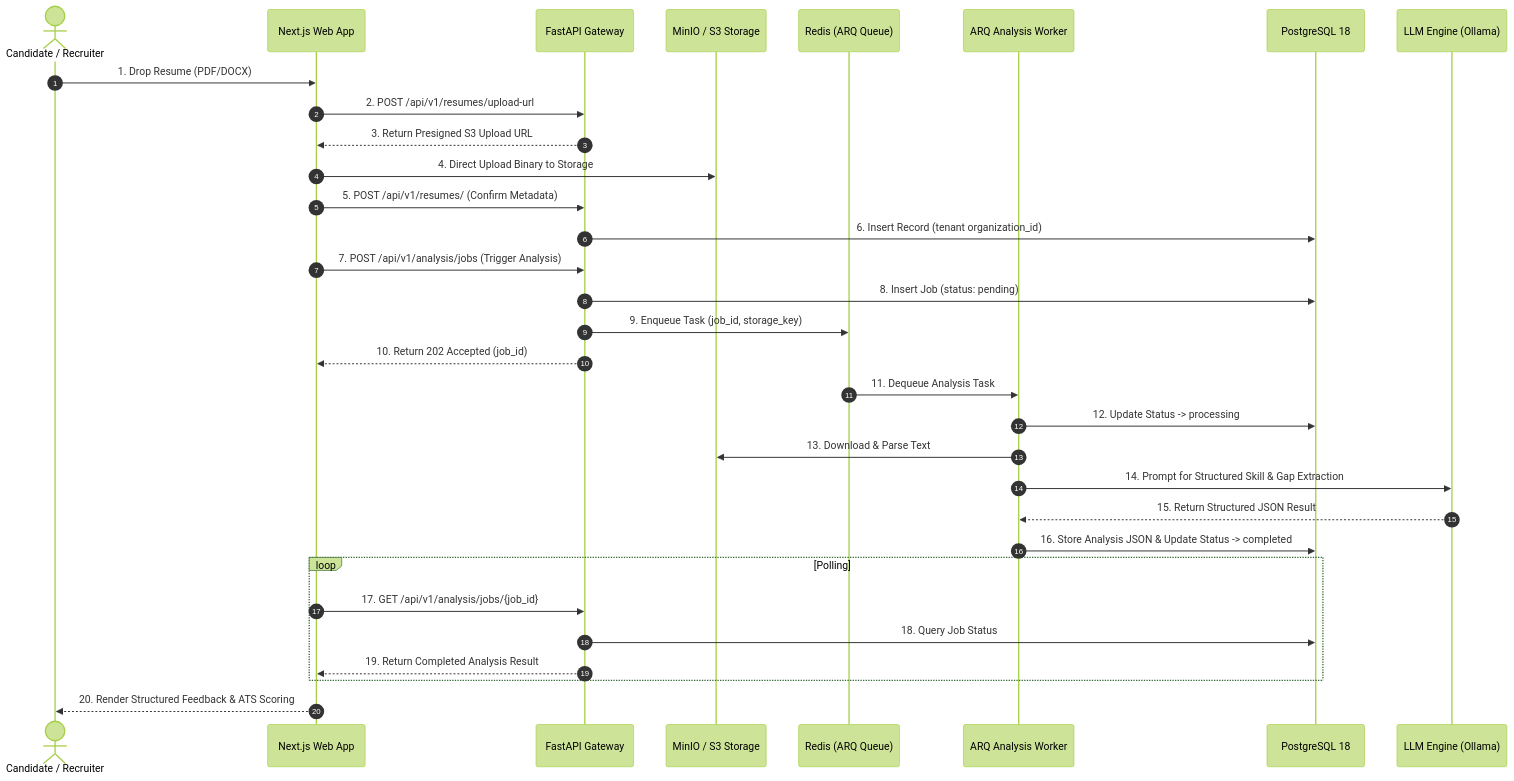
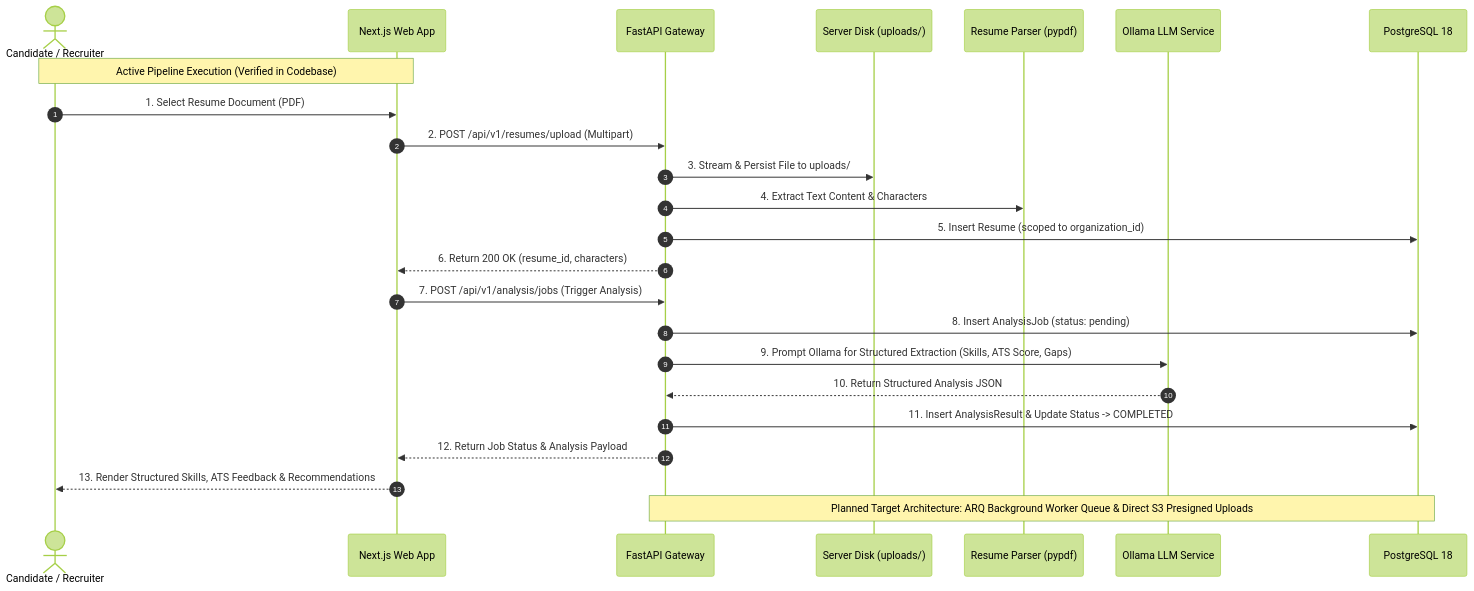
The diagram in assets/diagrams/source/ara-analysis-workflow.mmd (AngulaBadrinath/AngulaBadrinath), drawn with Mermaid (forest theme) before and after one commit. The commit also changed 21 other files, not shown here.

Commit message:
fix(hardening): align diagrams with verified codebases, harden validator, and document security advisory

```diff
--- a/assets/diagrams/source/ara-analysis-workflow.mmd
+++ b/assets/diagrams/source/ara-analysis-workflow.mmd
@@ -1,36 +1,29 @@
 %% ARA — Resume Analysis Pipeline Workflow
+%% Accurately reflecting Active Synchronous Execution & Target Async Decoupling
 sequenceDiagram
   autonumber
   actor User as Candidate / Recruiter
   participant Web as Next.js Web App
   participant API as FastAPI Gateway
-  participant S3 as MinIO / S3 Storage
-  participant Queue as Redis (ARQ Queue)
-  participant Worker as ARQ Analysis Worker
+  participant Disk as Server Disk (uploads/)
+  participant Parser as Resume Parser (pypdf)
+  participant LLM as Ollama LLM Service
   participant DB as PostgreSQL 18
-  participant LLM as LLM Engine (Ollama)
 
-  User->>Web: 1. Drop Resume (PDF/DOCX)
-  Web->>API: 2. POST /api/v1/resumes/upload-url
-  API-->>Web: 3. Return Presigned S3 Upload URL
-  Web->>S3: 4. Direct Upload Binary to Storage
-  Web->>API: 5. POST /api/v1/resumes/ (Confirm Metadata)
-  API->>DB: 6. Insert Record (tenant organization_id)
+  Note over User,Web: Active Pipeline Execution (Verified in Codebase)
+  User->>Web: 1. Select Resume Document (PDF)
+  Web->>API: 2. POST /api/v1/resumes/upload (Multipart)
+  API->>Disk: 3. Stream & Persist File to uploads/
+  API->>Parser: 4. Extract Text Content & Characters
+  API->>DB: 5. Insert Resume (scoped to organization_id)
+  API-->>Web: 6. Return 200 OK (resume_id, characters)
+  
   Web->>API: 7. POST /api/v1/analysis/jobs (Trigger Analysis)
-  API->>DB: 8. Insert Job (status: pending)
-  API->>Queue: 9. Enqueue Task (job_id, storage_key)
-  API-->>Web: 10. Return 202 Accepted (job_id)
-  
-  Queue->>Worker: 11. Dequeue Analysis Task
-  Worker->>DB: 12. Update Status -> processing
-  Worker->>S3: 13. Download & Parse Text
-  Worker->>LLM: 14. Prompt for Structured Skill & Gap Extraction
-  LLM-->>Worker: 15. Return Structured JSON Result
-  Worker->>DB: 16. Store Analysis JSON & Update Status -> completed
-  
-  loop Polling
-    Web->>API: 17. GET /api/v1/analysis/jobs/{job_id}
-    API->>DB: 18. Query Job Status
-    API-->>Web: 19. Return Completed Analysis Result
-  end
-  Web-->>User: 20. Render Structured Feedback & ATS Scoring
+  API->>DB: 8. Insert AnalysisJob (status: pending)
+  API->>LLM: 9. Prompt Ollama for Structured Extraction (Skills, ATS Score, Gaps)
+  LLM-->>API: 10. Return Structured Analysis JSON
+  API->>DB: 11. Insert AnalysisResult & Update Status -> COMPLETED
+  API-->>Web: 12. Return Job Status & Analysis Payload
+  Web-->>User: 13. Render Structured Skills, ATS Feedback & Recommendations
+
+  Note over API,DB: Planned Target Architecture: ARQ Background Worker Queue & Direct S3 Presigned Uploads
```
